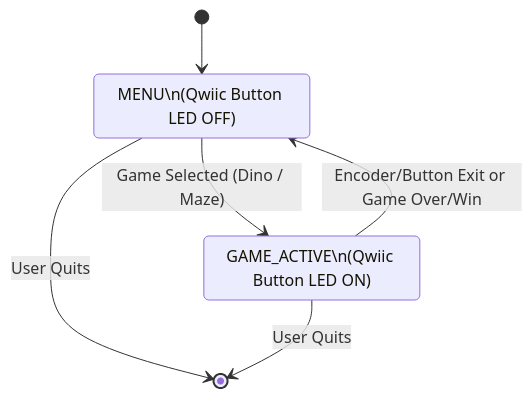
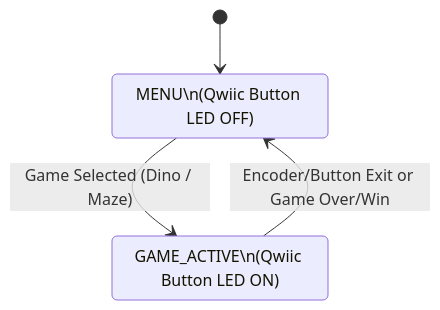
The diagram in Lab 4/README.md (ji227/Jesse-Iriah-s-Lab-Hub), drawn with Mermaid before and after one commit.

````diff
--- a/Lab 4/README.md
+++ b/Lab 4/README.md
@@ -180,14 +180,11 @@
 ```mermaid
 stateDiagram-v2
 
 	[*] --> MENU
 
     state "MENU\n(Qwiic Button LED OFF)" as MENU
     state "GAME_ACTIVE\n(Qwiic Button LED ON)" as GAME_ACTIVE
 
     MENU --> GAME_ACTIVE: Game Selected (Dino / Maze)
     GAME_ACTIVE --> MENU: Encoder/Button Exit or Game Over/Win
-
-    MENU --> [*]: User Quits
-    GAME_ACTIVE --> [*]: User Quits
 ```
````
